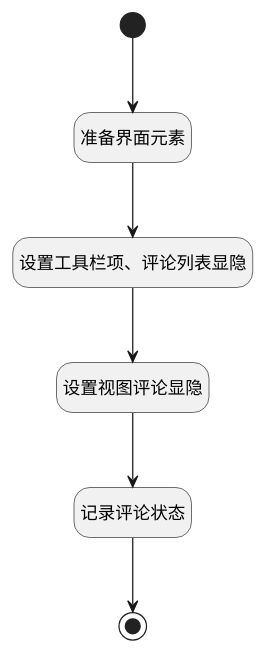
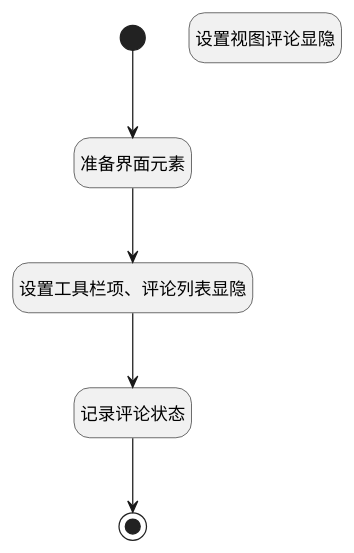
One commit to iBizLab/plm changed the diagram in doc/docsify/module/Wiki/article_page/uilogic/show_commnet.md. Above: the diagram before and after it, drawn with PlantUML. The commit also changed 799 other files, not shown here.

````diff
--- a/doc/docsify/module/Wiki/article_page/uilogic/show_commnet.md
+++ b/doc/docsify/module/Wiki/article_page/uilogic/show_commnet.md
@@ -7,27 +7,26 @@
 ```plantuml
 @startuml
 hide footbox
 <style>
 root {
   HyperlinkColor #42b983
 }
 </style>
 
 hide empty description
 state "开始" as Begin <<start>> [[$./show_commnet#begin {开始}]]
+state "记录评论状态" as RAWJSCODE1  [[$./show_commnet#rawjscode1 {记录评论状态}]]
+state "设置视图评论显隐" as PREPAREJSPARAM3  [[$./show_commnet#preparejsparam3 {设置视图评论显隐}]]
+state "设置工具栏项、评论列表显隐" as PREPAREJSPARAM2  [[$./show_commnet#preparejsparam2 {设置工具栏项、评论列表显隐}]]
+state "准备界面元素" as PREPAREJSPARAM1  [[$./show_commnet#preparejsparam1 {准备界面元素}]]
 state "结束" as END1 <<end>> [[$./show_commnet#end1 {结束}]]
-state "设置视图评论显隐" as PREPAREJSPARAM3  [[$./show_commnet#preparejsparam3 {设置视图评论显隐}]]
-state "准备界面元素" as PREPAREJSPARAM1  [[$./show_commnet#preparejsparam1 {准备界面元素}]]
-state "记录评论状态" as RAWJSCODE1  [[$./show_commnet#rawjscode1 {记录评论状态}]]
-state "设置工具栏项、评论列表显隐" as PREPAREJSPARAM2  [[$./show_commnet#preparejsparam2 {设置工具栏项、评论列表显隐}]]
 
 
 Begin --> PREPAREJSPARAM1
 PREPAREJSPARAM1 --> PREPAREJSPARAM2
-PREPAREJSPARAM2 --> PREPAREJSPARAM3
-PREPAREJSPARAM3 --> RAWJSCODE1
+PREPAREJSPARAM2 --> RAWJSCODE1
 RAWJSCODE1 --> END1
 
 
 @enduml
 ```
````
